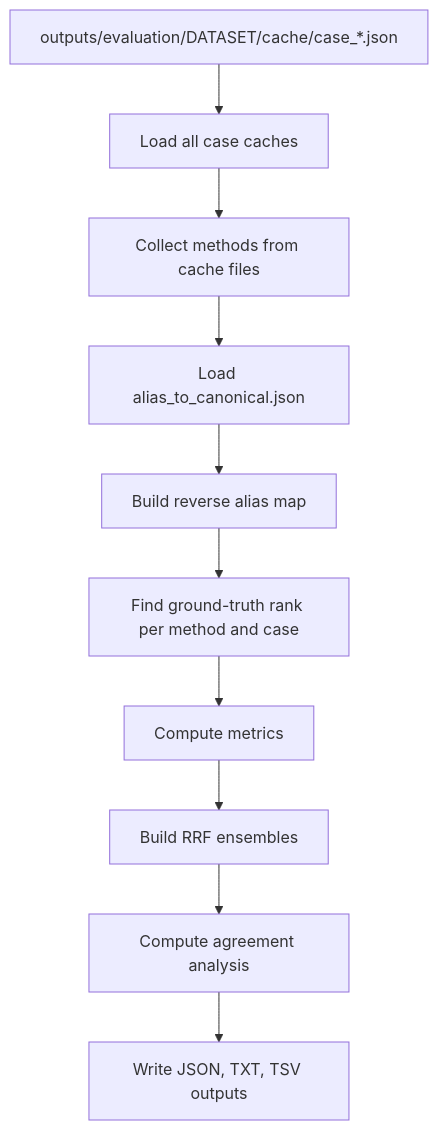
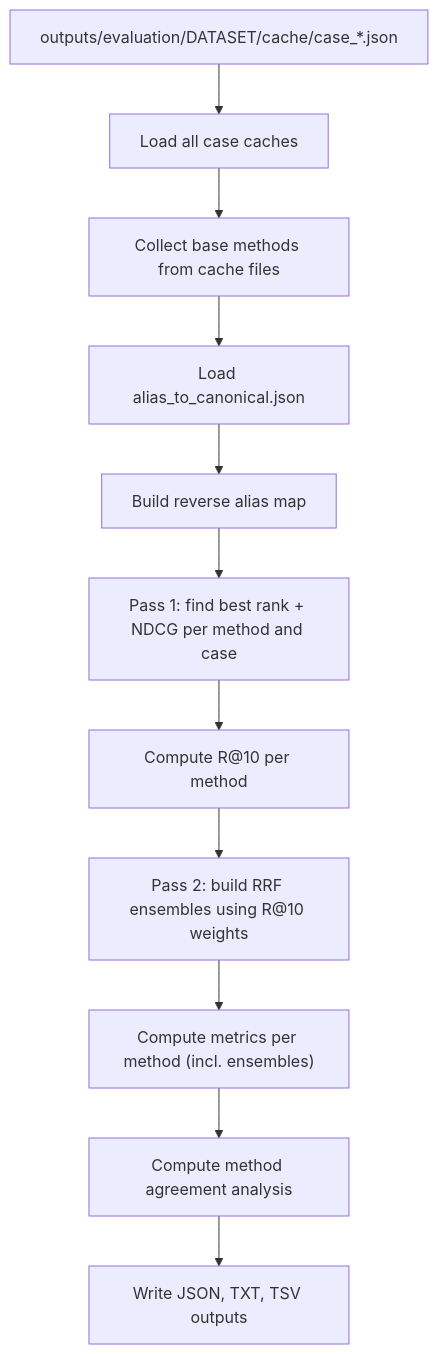
Before and after one commit to Alizzie/RareSim-Master-Project-: the diagram in wiki/evaluation/evaluator-and-metrics.md, drawn with Mermaid. The commit also changed other lines of this file and 17 other files, not shown here.

````diff
--- a/wiki/evaluation/evaluator-and-metrics.md
+++ b/wiki/evaluation/evaluator-and-metrics.md
@@ -40,12 +55,13 @@
 ```mermaid
 flowchart TD
     A["outputs/evaluation/DATASET/cache/case_*.json"] --> B["Load all case caches"]
-    B --> C["Collect methods from cache files"]
+    B --> C["Collect base methods from cache files"]
     C --> D["Load alias_to_canonical.json"]
     D --> E["Build reverse alias map"]
-    E --> F["Find ground-truth rank per method and case"]
-    F --> G["Compute metrics"]
-    G --> H["Build RRF ensembles"]
-    H --> I["Compute agreement analysis"]
-    I --> J["Write JSON, TXT, TSV outputs"]
+    E --> F["Pass 1: find best rank + NDCG per method and case"]
+    F --> G["Compute R@10 per method"]
+    G --> H["Pass 2: build RRF ensembles using R@10 weights"]
+    H --> I["Compute metrics per method (incl. ensembles)"]
+    I --> J["Compute method agreement analysis"]
+    J --> K["Write JSON, TXT, TSV outputs"]
 ```
````
